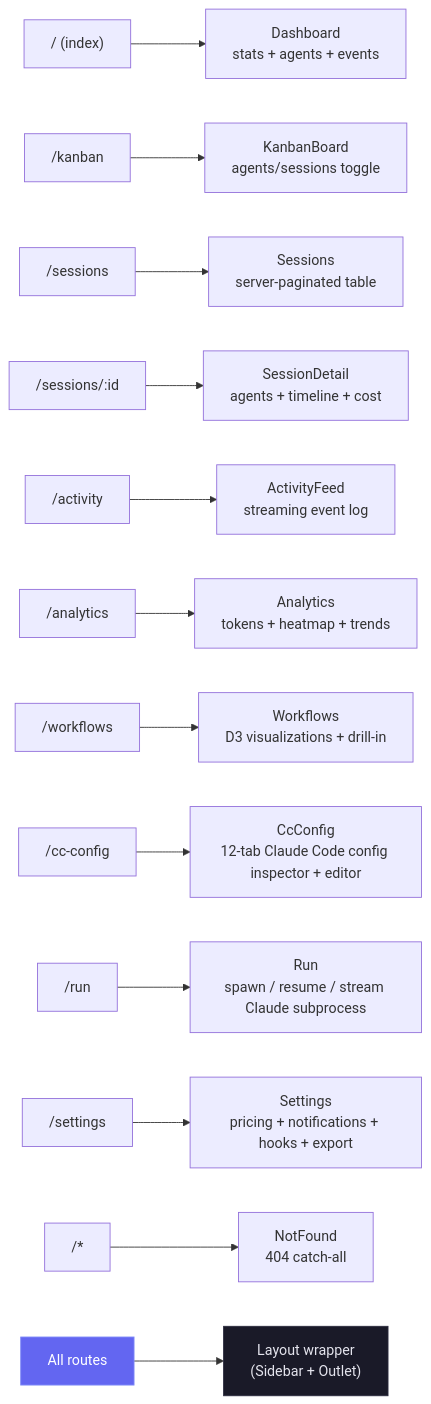
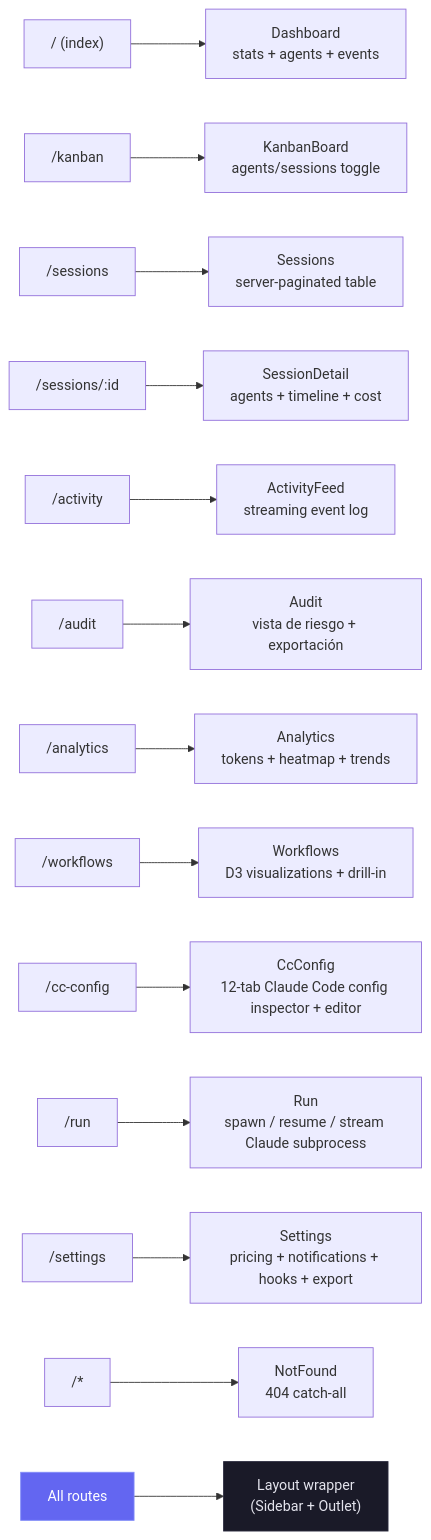
Before and after one commit to hoangsonww/Claude-Code-Agent-Monitor: diagram 18 of 23 in README-ES.md, drawn with Mermaid. The commit also changed other lines of this file and 16 other files, not shown here.

````diff
--- a/README-ES.md
+++ b/README-ES.md
@@ -1964,19 +1978,20 @@
 ```mermaid
 graph LR
     ROOT["/ (index)"] --> DASH["Dashboard<br/>stats + agents + events"]
     K["/kanban"] --> KANBAN["KanbanBoard<br/>agents/sessions toggle"]
     S["/sessions"] --> SESS["Sessions<br/>server-paginated table"]
     D["/sessions/:id"] --> DETAIL["SessionDetail<br/>agents + timeline + cost"]
     A["/activity"] --> ACT["ActivityFeed<br/>streaming event log"]
+    AU["/audit"] --> AUDIT["Audit<br/>vista de riesgo + exportación"]
     AN["/analytics"] --> ANALYTICS["Analytics<br/>tokens + heatmap + trends"]
     WF["/workflows"] --> WORKFLOWS["Workflows<br/>D3 visualizations + drill-in"]
     CC["/cc-config"] --> CCCONFIG["CcConfig<br/>12-tab Claude Code config inspector + editor"]
     RUN["/run"] --> RUNPAGE["Run<br/>spawn / resume / stream Claude subprocess"]
     ST["/settings"] --> SETTINGS["Settings<br/>pricing + notifications + hooks + export"]
     NF["/*"] --> NOTFOUND["NotFound<br/>404 catch-all"]
 
     ALL["All routes"] --> LAYOUT["Layout wrapper<br/>(Sidebar + Outlet)"]
 
     style ALL fill:#6366f1,stroke:#818cf8,color:#fff
     style LAYOUT fill:#1a1a28,stroke:#2a2a3d,color:#e4e4ed
 ```
````
